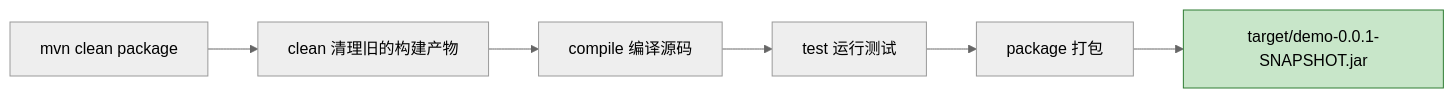
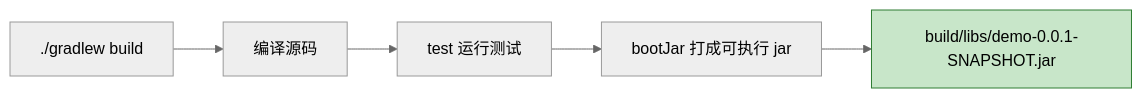
One commit to zerioo1970/summary changed the second of 6 diagrams in spring-boot-3.5-学习资料/10-打包与部署.md. Above: the diagram before and after it, drawn with Mermaid (neutral theme). The commit also changed other lines of this file and 6 other files, not shown here.

````diff
--- a/spring-boot-3.5-学习资料/10-打包与部署.md
+++ b/spring-boot-3.5-学习资料/10-打包与部署.md
@@ -37,10 +37,9 @@
 ```mermaid
 flowchart LR
-    A["mvn clean package"] --> B[clean 清理旧的构建产物]
-    B --> C[compile 编译源码]
-    C --> D[test 运行测试]
-    D --> E[package 打包]
-    E --> F["target/demo-0.0.1-SNAPSHOT.jar"]
+    A["./gradlew build"] --> B[编译源码]
+    B --> C[test 运行测试]
+    C --> D[bootJar 打成可执行 jar]
+    D --> F["build/libs/demo-0.0.1-SNAPSHOT.jar"]
 
     style F fill:#c8e6c9,stroke:#2e7d32
 ```
````
